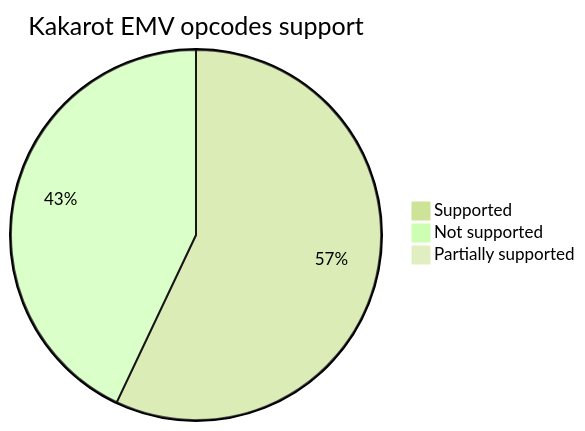
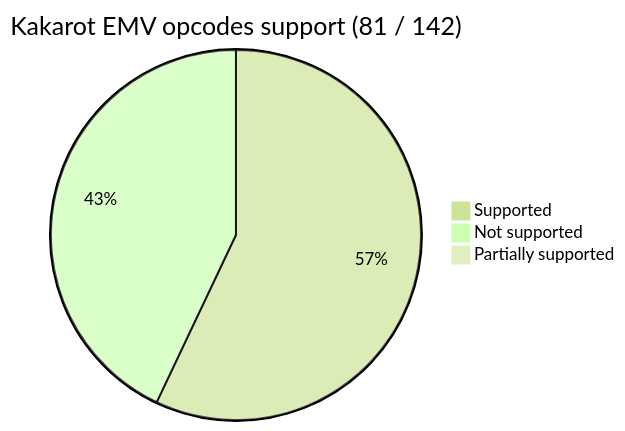
One commit to kkrt-labs/kakarot changed the first of 2 diagrams in README.md. Above: the diagram before and after it, drawn with Mermaid.

Commit message:
📝 update pie chart title

````diff
--- a/README.md
+++ b/README.md
@@ -39,7 +39,7 @@
 ```mermaid
 %%{init: {'theme': 'forest', 'themeVariables': { 'darkMode': 'false'}}}%%
-pie title Kakarot EMV opcodes support
+pie title Kakarot EMV opcodes support (81 / 142)
     "Supported" : 81
     "Not supported" : 61
     "Partially supported" : 0
 ```
````
